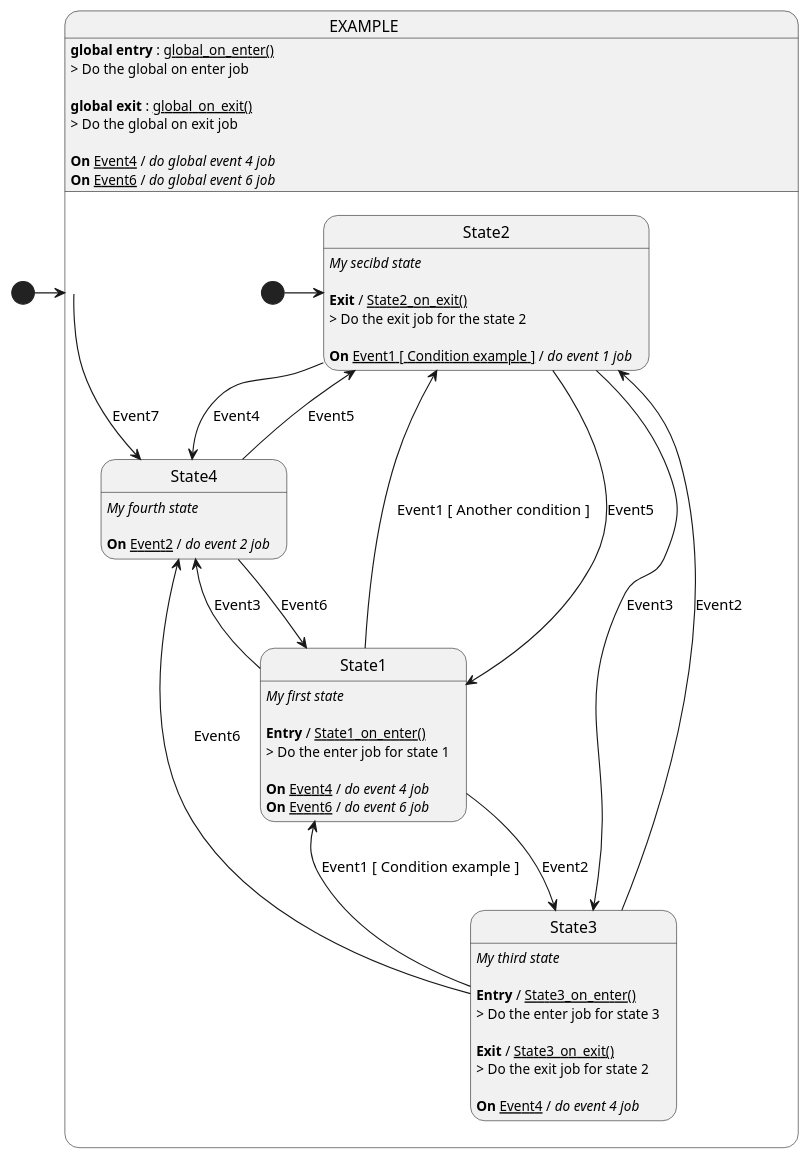
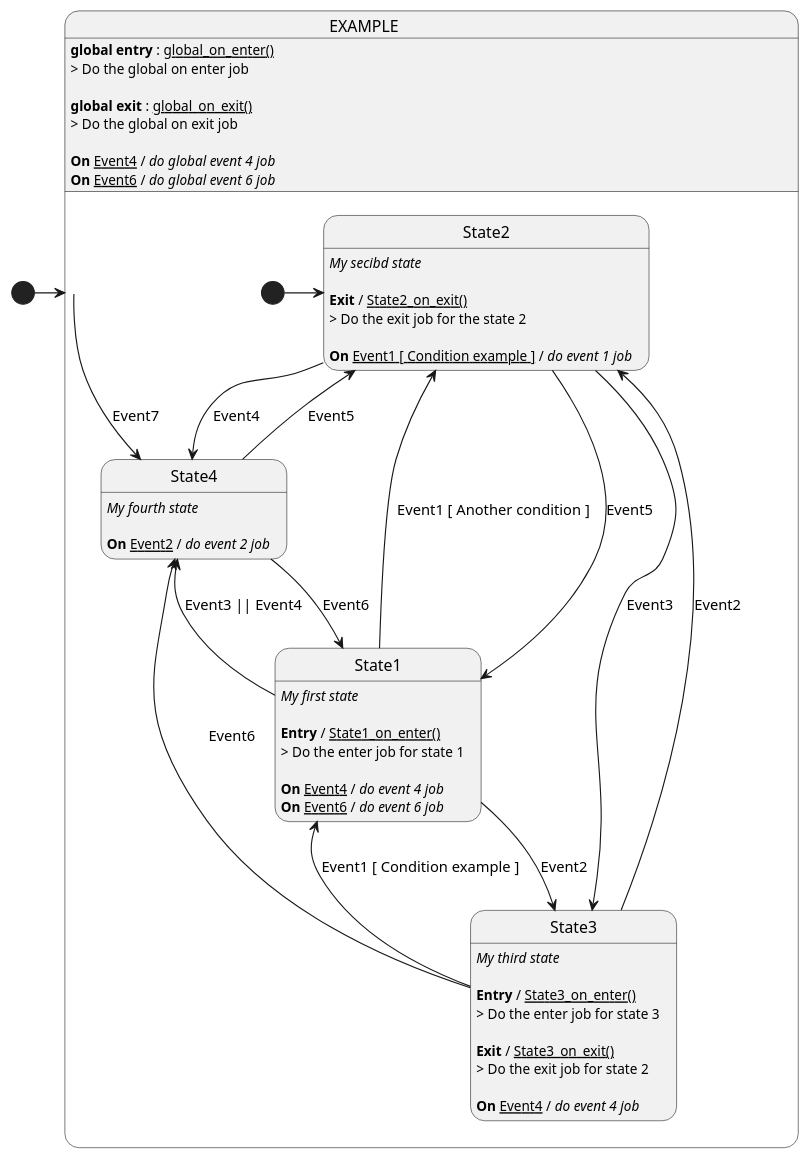
Before and after one commit to technosvitman/sm_gene: the diagram in output/machine_example.plantuml, drawn with PlantUML. The commit also changed 3 other files, not shown here.

```diff
--- a/output/machine_example.plantuml
+++ b/output/machine_example.plantuml
@@ -2,72 +2,72 @@
 @startuml
 
 [*] -> EXAMPLE
 state EXAMPLE{
 EXAMPLE : **global entry** : __global_on_enter()__
 EXAMPLE : > Do the global on enter job\n
 EXAMPLE : **global exit** : __global_on_exit()__
 EXAMPLE : > Do the global on exit job\n
 EXAMPLE --> State4 : Event7
 
 EXAMPLE : **On** __Event4__ / //do global event 4 job//
 
 EXAMPLE : **On** __Event6__ / //do global event 6 job//
 
 
 
 [*] -> State2
 
 State1 : //My first state//\n
 State1 : **Entry** / __State1_on_enter()__
 State1 : > Do the enter job for state 1\n
 State1 --> State2 : Event1 [ Another condition ]
 
 State1 --> State3 : Event2
 
-State1 --> State4 : Event3
+State1 --> State4 : Event3 || Event4
 
 State1 : **On** __Event4__ / //do event 4 job//
 
 State1 : **On** __Event6__ / //do event 6 job//
 
 
 
 State2 : //My secibd state//\n
 State2 : **Exit** / __State2_on_exit()__
 State2 : > Do the exit job for the state 2\n
 State2 --> State3 : Event3
 
 State2 --> State4 : Event4
 
 State2 --> State1 : Event5
 
 State2 : **On** __Event1 [ Condition example ]__ / //do event 1 job//
 
 
 
 State3 : //My third state//\n
 State3 : **Entry** / __State3_on_enter()__
 State3 : > Do the enter job for state 3\n
 State3 : **Exit** / __State3_on_exit()__
 State3 : > Do the exit job for state 2\n
 State3 --> State4 : Event6
 
 State3 --> State2 : Event2
 
 State3 --> State1 : Event1 [ Condition example ]
 
 State3 : **On** __Event4__ / //do event 4 job//
 
 
 
 State4 : //My fourth state//\n
 State4 --> State1 : Event6
 
 State4 --> State2 : Event5
 
 State4 : **On** __Event2__ / //do event 2 job//
 
 
 }
 
 @enduml
```
